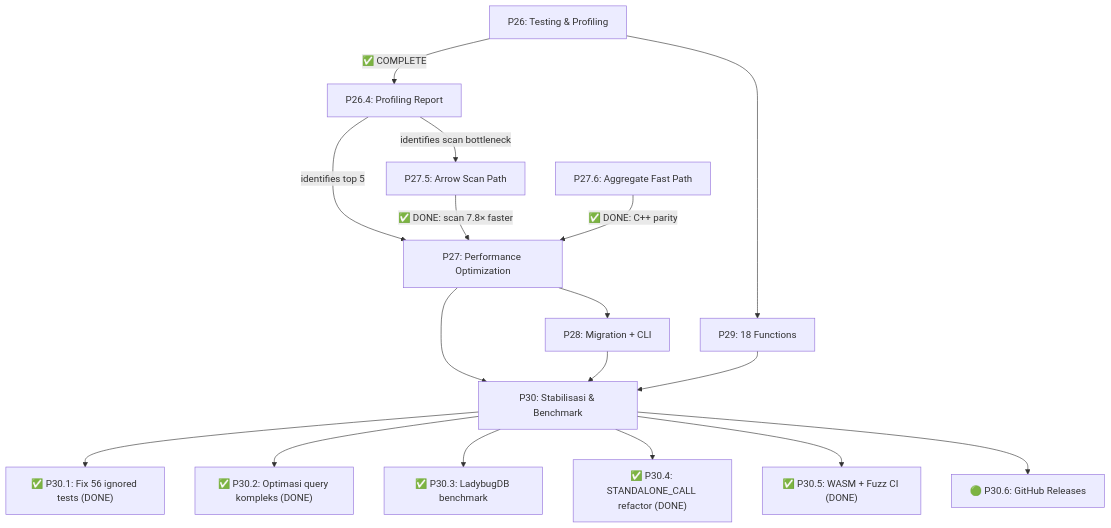
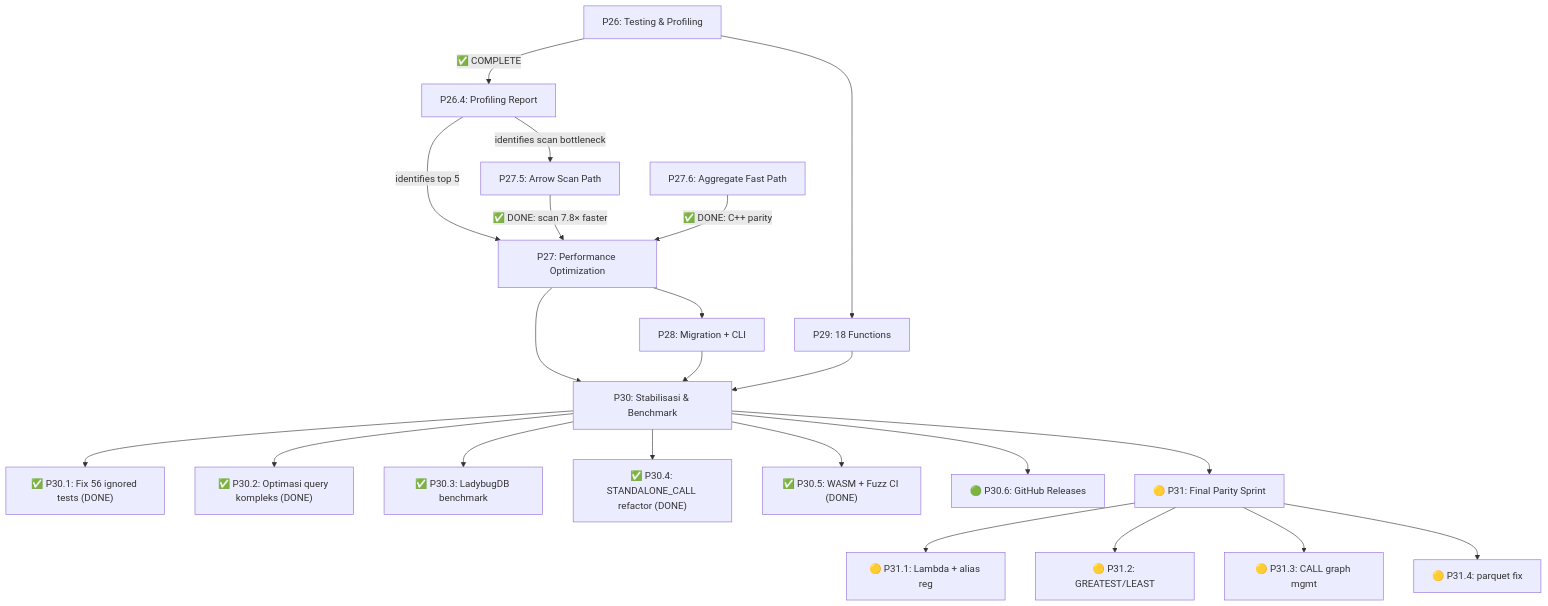
Before and after one commit to mlengse/akar: the diagram in kuzu-core/implementation_plan.md, drawn with Mermaid. The commit also changed other lines of this file, not shown here.

Commit message:
docs: add architecture analysis and implementation audits for the Kuzu Rust codebase

````diff
--- a/kuzu-core/implementation_plan.md
+++ b/kuzu-core/implementation_plan.md
@@ -454,19 +539,24 @@
 ```mermaid
 graph TD
     P26["P26: Testing & Profiling"] -->|✅ COMPLETE| P26_4["P26.4: Profiling Report"]
     P26_4 -->|identifies scan bottleneck| P27_5["P27.5: Arrow Scan Path"]
     P26_4 -->|identifies top 5| P27["P27: Performance Optimization"]
     P27_5 -->|✅ DONE: scan 7.8× faster| P27
     P27_6["P27.6: Aggregate Fast Path"] -->|✅ DONE: C++ parity| P27
     P27 --> P28["P28: Migration + CLI"]
     P26 --> P29["P29: 18 Functions"]
     P27 --> P30["P30: Stabilisasi & Benchmark"]
     P28 --> P30
     P29 --> P30
     P30 --> P30_1["✅ P30.1: Fix 56 ignored tests (DONE)"]
     P30 --> P30_2["✅ P30.2: Optimasi query kompleks (DONE)"]
     P30 --> P30_3["✅ P30.3: LadybugDB benchmark"]
     P30 --> P30_4["✅ P30.4: STANDALONE_CALL refactor (DONE)"]
     P30 --> P30_5["✅ P30.5: WASM + Fuzz CI (DONE)"]
     P30 --> P30_6["🟢 P30.6: GitHub Releases"]
+    P30 --> P31["🟡 P31: Final Parity Sprint"]
+    P31 --> P31_1["🟡 P31.1: Lambda + alias reg"]
+    P31 --> P31_2["🟡 P31.2: GREATEST/LEAST"]
+    P31 --> P31_3["🟡 P31.3: CALL graph mgmt"]
+    P31 --> P31_4["🟡 P31.4: parquet fix"]
 ```
````
